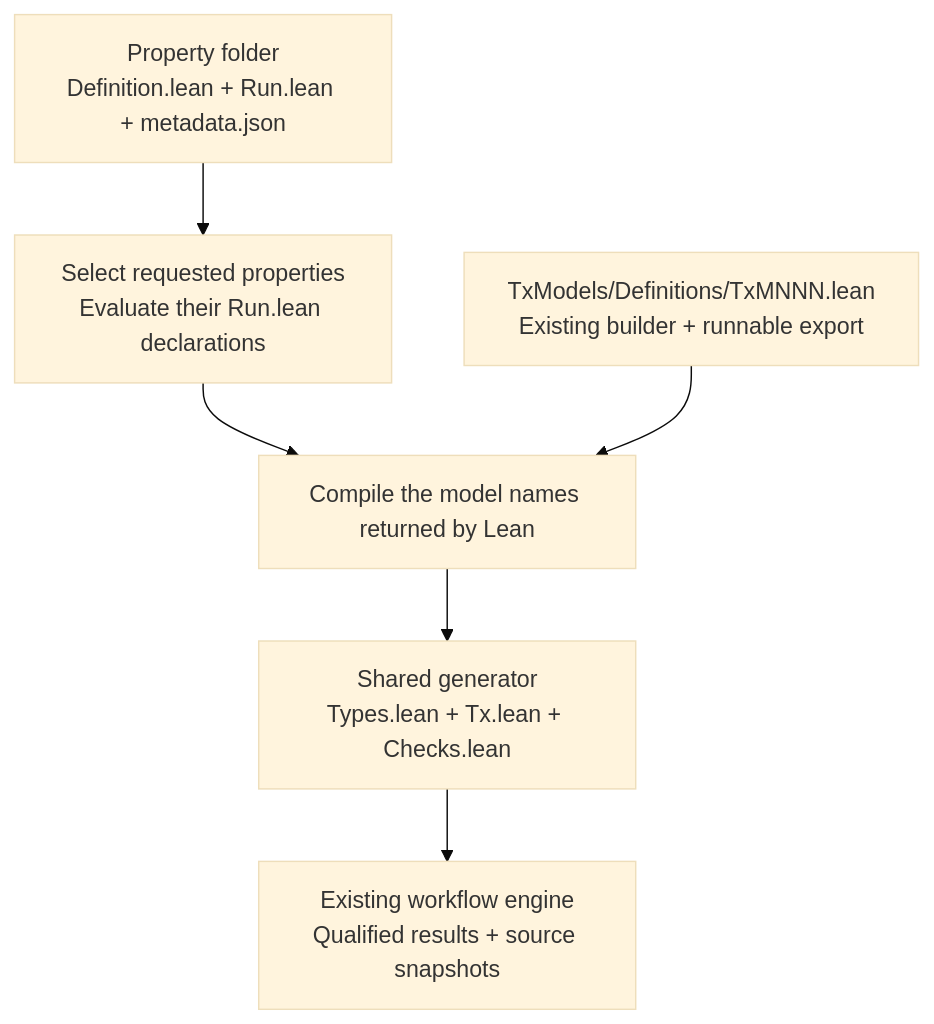
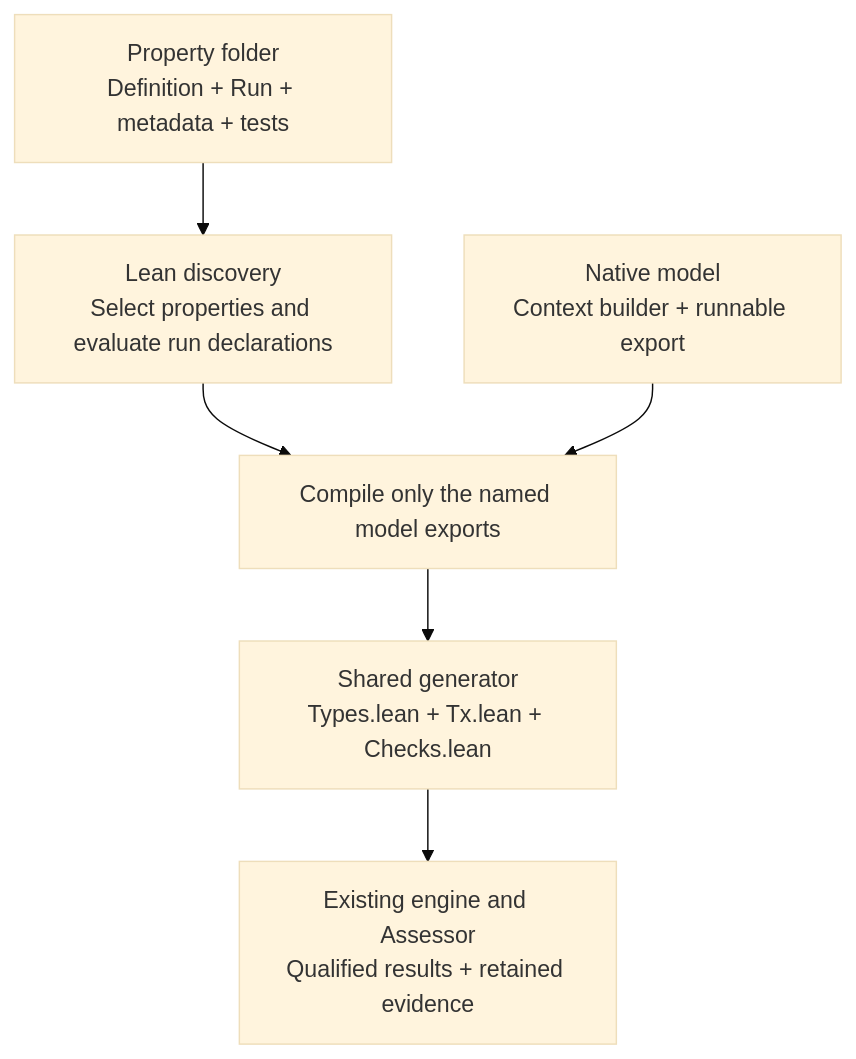
One commit to input-output-hk/contracts-library changed the diagram in formal/Workflow/Declarative/README.md. Above: the diagram before and after it, drawn with Mermaid (base theme). The commit also changed other lines of this file and 36 other files, not shown here.

Commit message:
feat(workflow): discover property-owned checks in Lean

````diff
--- a/formal/Workflow/Declarative/README.md
+++ b/formal/Workflow/Declarative/README.md
@@ -9,10 +16,10 @@
 ```mermaid
 flowchart TD
-    R["Property folder<br/>Definition.lean + Run.lean + metadata.json"]
-    M["TxModels/Definitions/TxMNNN.lean<br/>Existing builder + runnable export"]
-    R --> D["Select requested properties<br/>Evaluate their Run.lean declarations"]
-    D --> S["Compile the model names returned by Lean"]
+    R["Property folder<br/>Definition + Run + metadata + tests"]
+    M["Native model<br/>Context builder + runnable export"]
+    R --> D["Lean discovery<br/>Select properties and evaluate run declarations"]
+    D --> S["Compile only the named model exports"]
     M --> S
     S --> G["Shared generator<br/>Types.lean + Tx.lean + Checks.lean"]
-    G --> V["Existing workflow engine<br/>Qualified results + source snapshots"]
+    G --> V["Existing engine and Assessor<br/>Qualified results + retained evidence"]
 ```
````
